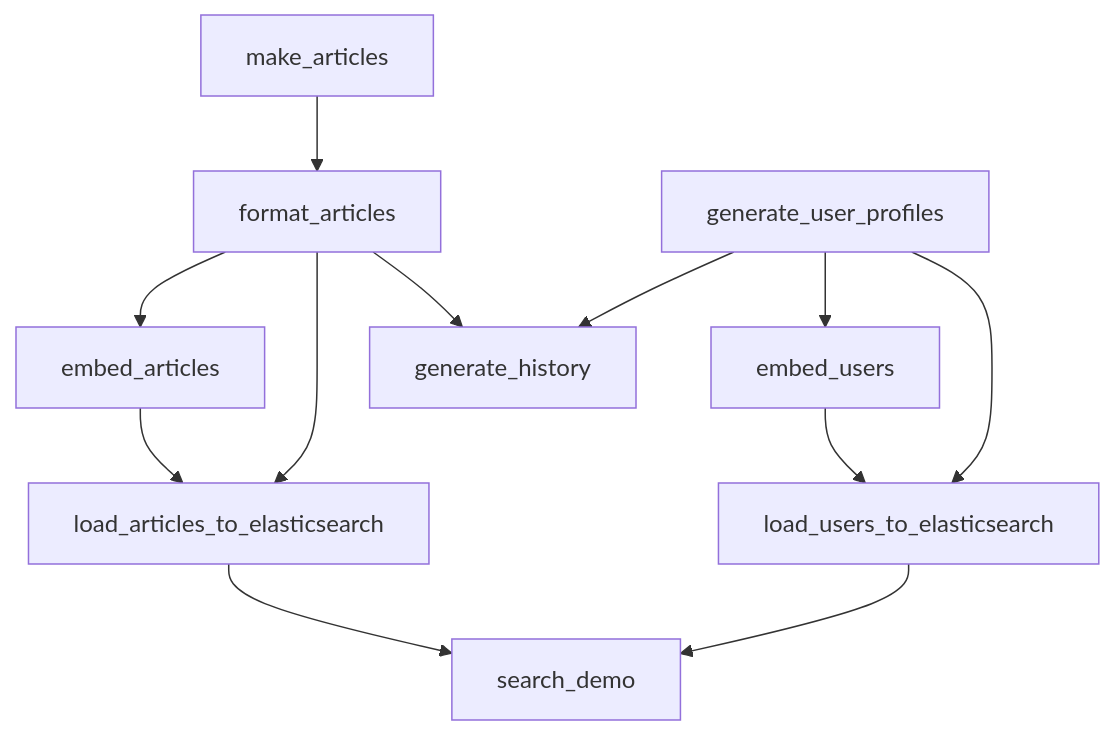
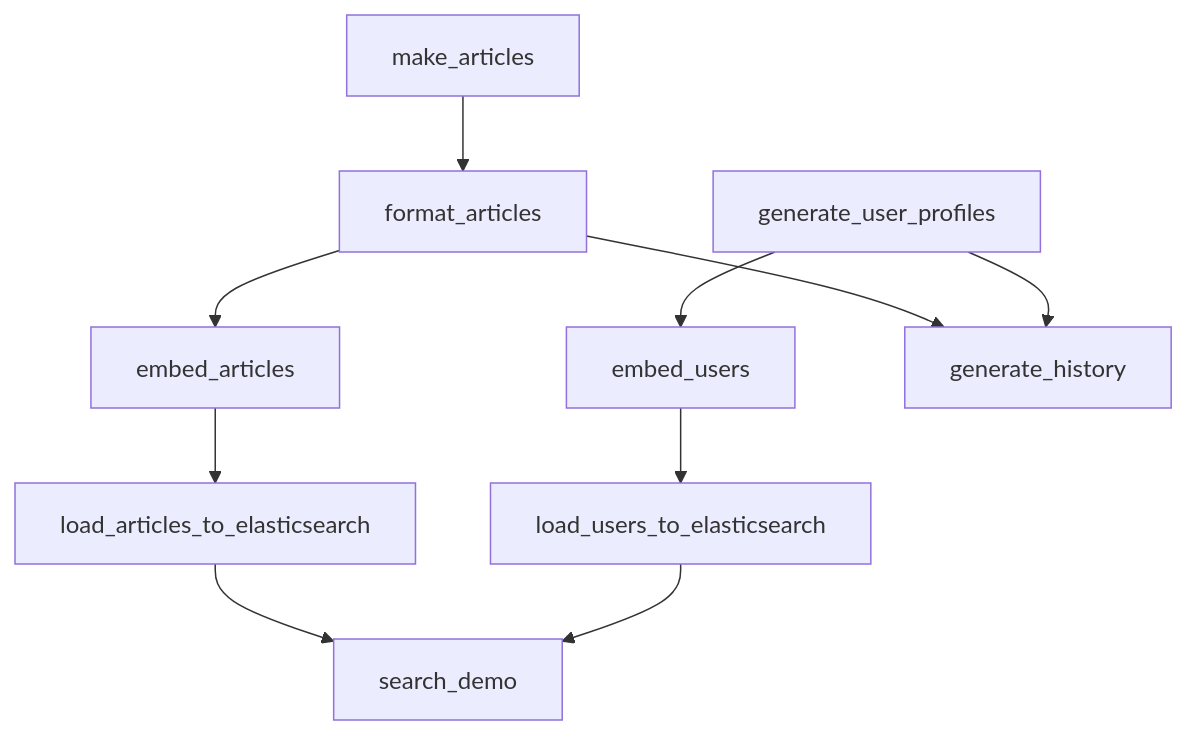
Before and after one commit to u-masao/hybrid-search-demo: the diagram in PIPELINE.md, drawn with Mermaid.

Commit message:
dvc pipeline updated

````diff
--- a/PIPELINE.md
+++ b/PIPELINE.md
@@ -1,23 +1,21 @@
 ```mermaid
 flowchart TD
 	node1["embed_articles"]
 	node2["embed_users"]
 	node3["format_articles"]
 	node4["generate_history"]
 	node5["generate_user_profiles"]
 	node6["load_articles_to_elasticsearch"]
 	node7["load_users_to_elasticsearch"]
 	node8["make_articles"]
 	node9["search_demo"]
 	node1-->node6
 	node2-->node7
 	node3-->node1
 	node3-->node4
-	node3-->node6
 	node5-->node2
 	node5-->node4
-	node5-->node7
 	node6-->node9
 	node7-->node9
 	node8-->node3
 ```
````
